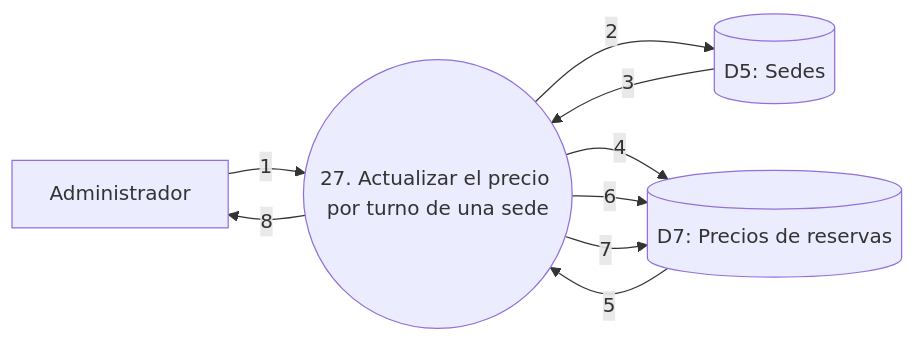
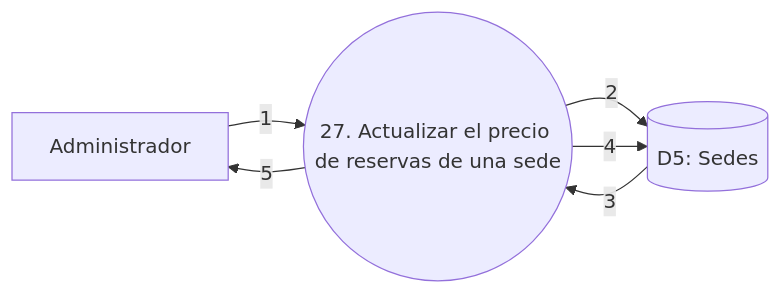
One commit to fasempertegui/Matchpoint-Taller changed diagram 27 of 33 in docs/DFD.md. Above: the diagram before and after it, drawn with Mermaid. The commit also changed other lines of this file and 3 other files, not shown here.

````diff
--- a/docs/DFD.md
+++ b/docs/DFD.md
@@ -816,16 +806,12 @@
 ```mermaid
 flowchart LR
     A[Administrador]
-    P((27. Actualizar el precio por turno de una sede))
+    P((27. Actualizar el precio de reservas de una sede))
     D5[(D5: Sedes)]
-    D7[(D7: Precios de reservas)]
 
     A -->|1| P
     P -->|2| D5
     D5 -->|3| P
-    P -->|4| D7
-    D7 -->|5| P
-    P -->|6| D7
-    P -->|7| D7
-    P -->|8| A
+    P -->|4| D5
+    P -->|5| A
 ```
````
